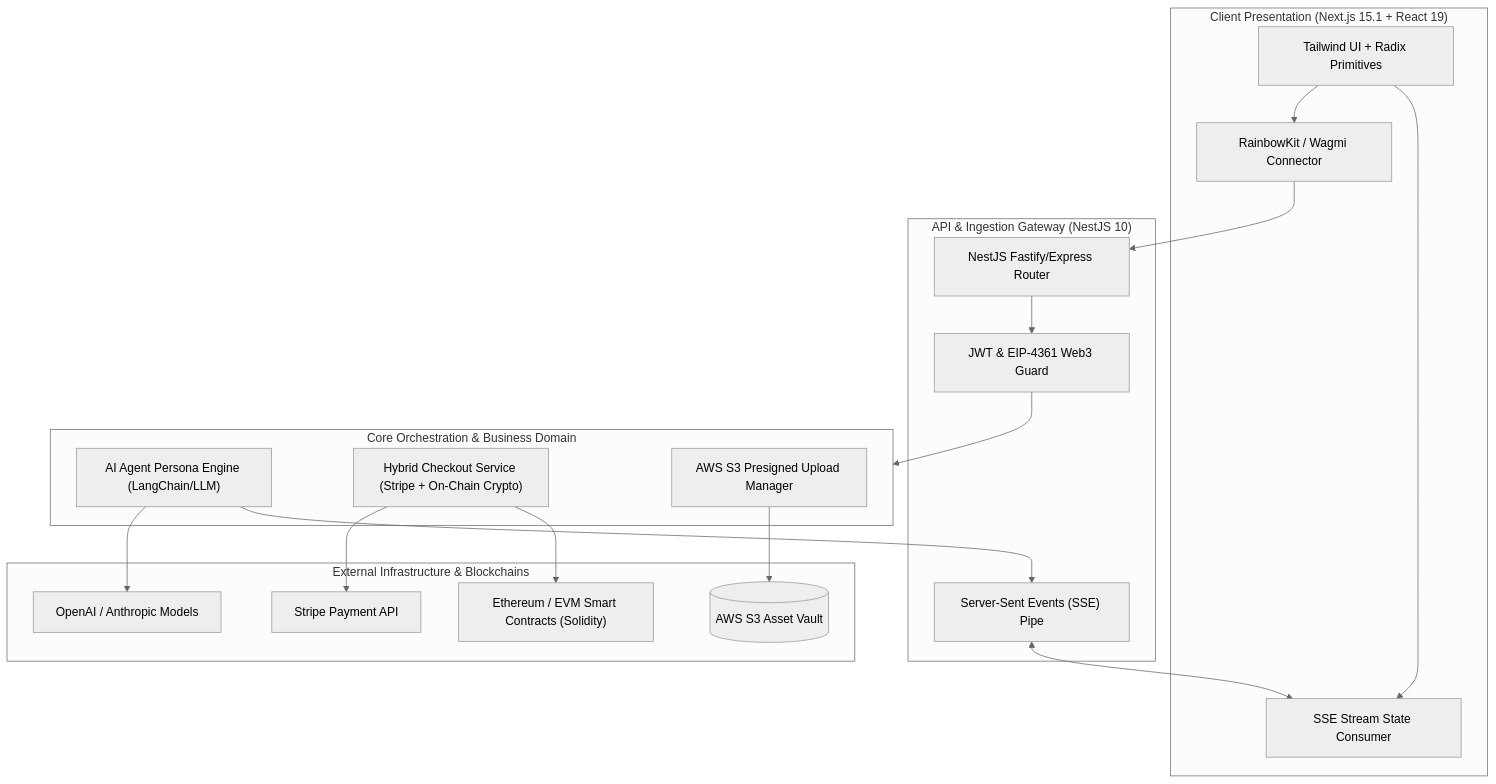
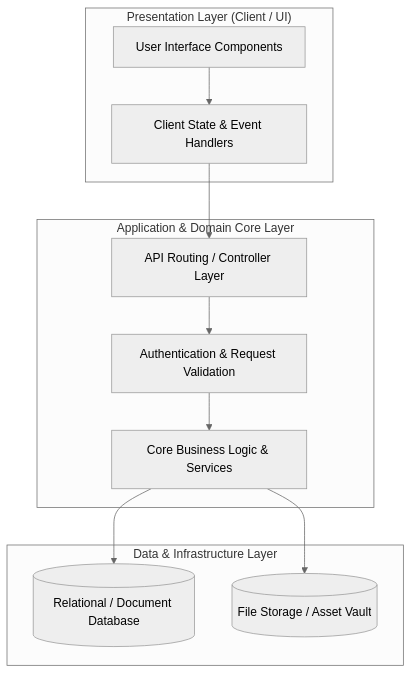
One commit to MHendriF/my-resume changed the diagram in experience/kipley-pte-ltd/overview-projects/superior-agents/ARCHITECTURE.md. Above: the diagram before and after it, drawn with Mermaid (neutral theme). The commit also changed other lines of this file and 27 other files, not shown here.

Commit message:
docs: synchronize all ARCHITECTURE.md files with exact package.json and composer.json manifests

````diff
--- a/experience/kipley-pte-ltd/overview-projects/superior-agents/ARCHITECTURE.md
+++ b/experience/kipley-pte-ltd/overview-projects/superior-agents/ARCHITECTURE.md
@@ -19,37 +16,23 @@
 ```mermaid
 flowchart TD
-    subgraph ClientLayer ["Client Presentation (Next.js 15.1 + React 19)"]
-        UI["Tailwind UI + Radix Primitives"]
-        W3Auth["RainbowKit / Wagmi Connector"]
-        StreamingUI["SSE Stream State Consumer"]
+    subgraph ClientPresentation ["Presentation Layer (Client / UI)"]
+        UI["User Interface Components"]
+        ClientState["Client State & Event Handlers"]
     end
 
-    subgraph GatewayLayer ["API & Ingestion Gateway (NestJS 10)"]
-        APIGateway["NestJS Fastify/Express Router"]
-        AuthGuard["JWT & EIP-4361 Web3 Guard"]
-        StreamHandler["Server-Sent Events (SSE) Pipe"]
+    subgraph ApplicationCore ["Application & Domain Core Layer"]
+        RouterGateway["API Routing / Controller Layer"]
+        BusinessLogic["Core Business Logic & Services"]
+        SecurityMiddleware["Authentication & Request Validation"]
     end
 
-    subgraph ServiceLayer ["Core Orchestration & Business Domain"]
-        AgentEngine["AI Agent Persona Engine (LangChain/LLM)"]
-        PaymentEngine["Hybrid Checkout Service (Stripe + On-Chain Crypto)"]
-        StorageEngine["AWS S3 Presigned Upload Manager"]
+    subgraph InfrastructureLayer ["Data & Infrastructure Layer"]
+        PrimaryStore[(Relational / Document Database)]
+        FileStore[(File Storage / Asset Vault)]
     end
 
-    subgraph ExternalServices ["External Infrastructure & Blockchains"]
-        LLMProvider["OpenAI / Anthropic Models"]
-        StripeAPI["Stripe Payment API"]
-        EVMChain["Ethereum / EVM Smart Contracts (Solidity)"]
-        S3Bucket[(AWS S3 Asset Vault)]
-    end
-
-    UI --> W3Auth --> APIGateway
-    UI --> StreamingUI
-    APIGateway --> AuthGuard --> ServiceLayer
-    StreamHandler <--> StreamingUI
-    AgentEngine --> LLMProvider
-    AgentEngine --> StreamHandler
-    PaymentEngine --> StripeAPI
-    PaymentEngine --> EVMChain
-    StorageEngine --> S3Bucket
+    UI --> ClientState --> RouterGateway
+    RouterGateway --> SecurityMiddleware --> BusinessLogic
+    BusinessLogic --> PrimaryStore
+    BusinessLogic --> FileStore
 ```
````
